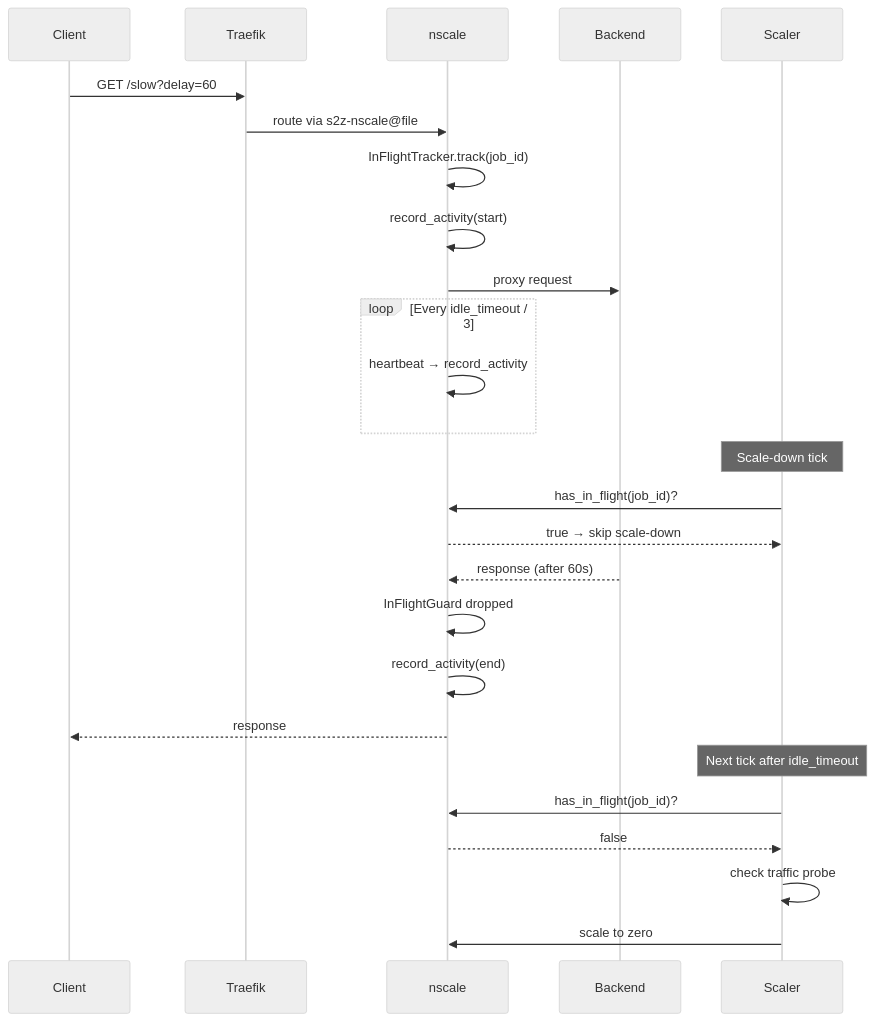
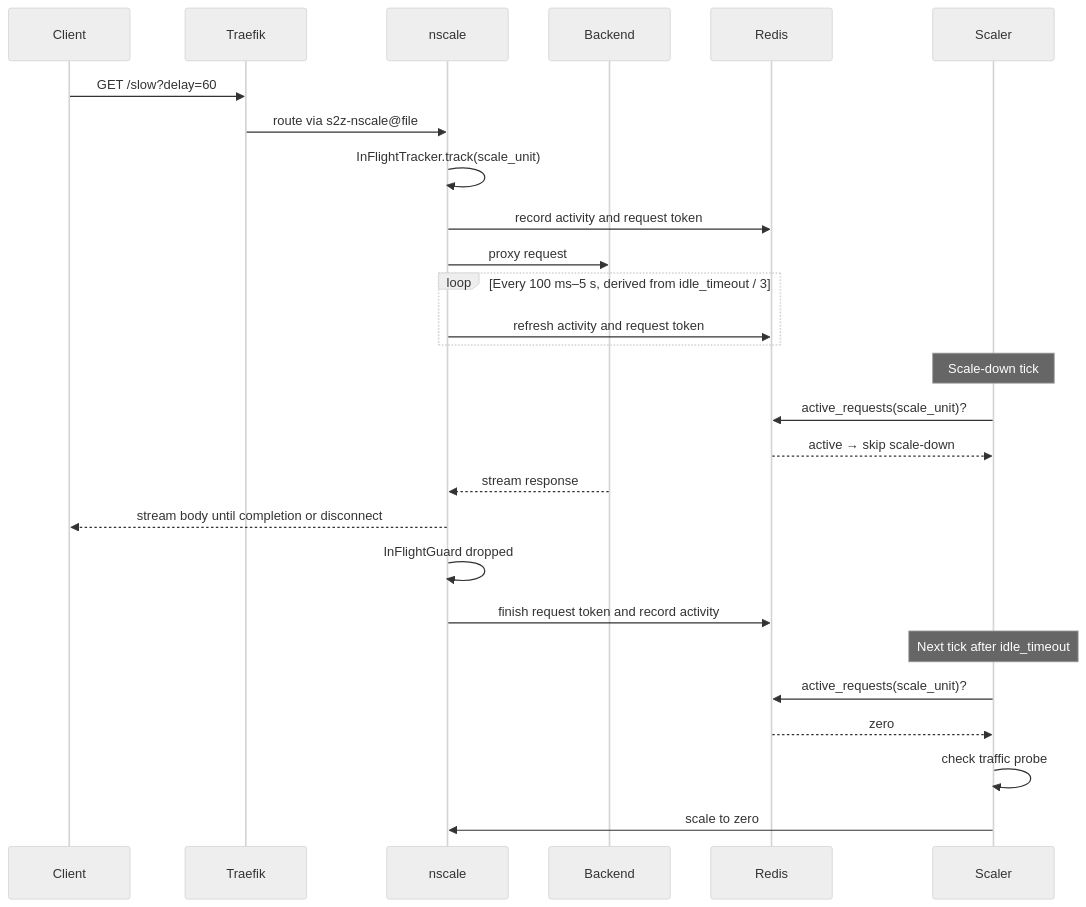
One commit to Metatable-ai/nscale changed the third of 4 diagrams in README.md. Above: the diagram before and after it, drawn with Mermaid (neutral theme). The commit also changed other lines of this file and 29 other files, not shown here.

````diff
--- a/README.md
+++ b/README.md
@@ -63,33 +63,34 @@
 ```mermaid
 sequenceDiagram
     participant Client
     participant Traefik
     participant nscale
     participant Backend
+    participant Redis
     participant Scaler
 
     Client->>Traefik: GET /slow?delay=60
     Traefik->>nscale: route via s2z-nscale@file
-    nscale->>nscale: InFlightTracker.track(job_id)
-    nscale->>nscale: record_activity(start)
+    nscale->>nscale: InFlightTracker.track(scale_unit)
+    nscale->>Redis: record activity and request token
     nscale->>Backend: proxy request
 
-    loop Every idle_timeout / 3
-        nscale->>nscale: heartbeat → record_activity
+    loop Every 100 ms–5 s, derived from idle_timeout / 3
+        nscale->>Redis: refresh activity and request token
     end
 
     Note over Scaler: Scale-down tick
-    Scaler->>nscale: has_in_flight(job_id)?
-    nscale-->>Scaler: true → skip scale-down
+    Scaler->>Redis: active_requests(scale_unit)?
+    Redis-->>Scaler: active → skip scale-down
 
-    Backend-->>nscale: response (after 60s)
+    Backend-->>nscale: stream response
+    nscale-->>Client: stream body until completion or disconnect
     nscale->>nscale: InFlightGuard dropped
-    nscale->>nscale: record_activity(end)
-    nscale-->>Client: response
+    nscale->>Redis: finish request token and record activity
 
     Note over Scaler: Next tick after idle_timeout
-    Scaler->>nscale: has_in_flight(job_id)?
-    nscale-->>Scaler: false
+    Scaler->>Redis: active_requests(scale_unit)?
+    Redis-->>Scaler: zero
     Scaler->>Scaler: check traffic probe
     Scaler->>nscale: scale to zero
 ```
````
